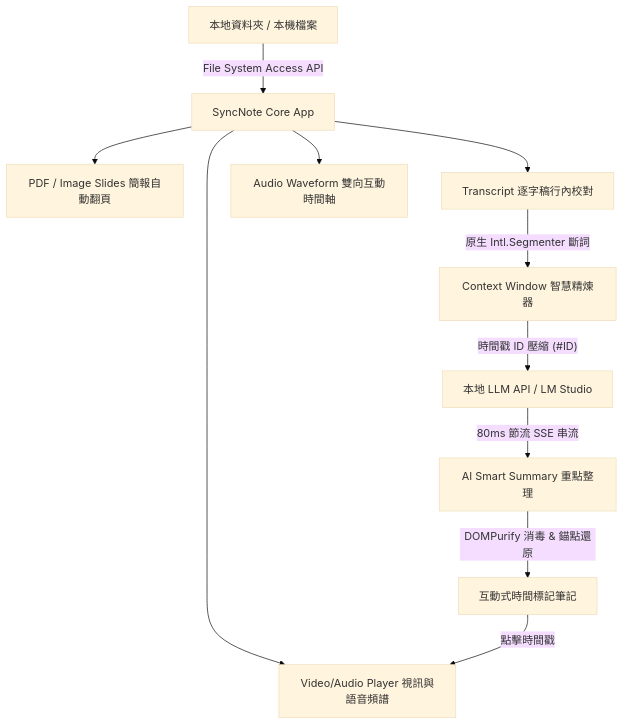
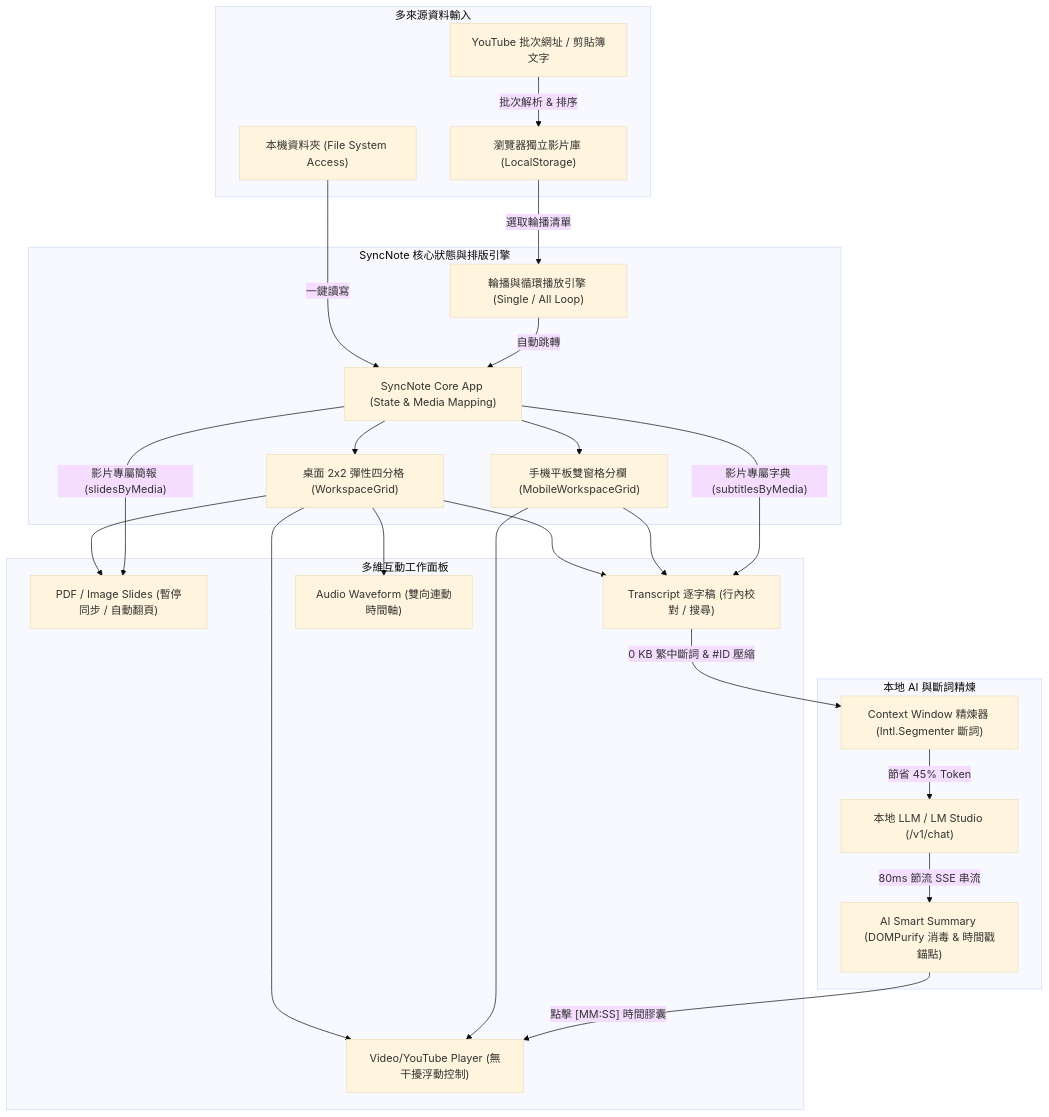
One commit to etsaycood/SRTNote changed the diagram in DEVELOPMENT_LOG.md. Above: the diagram before and after it, drawn with Mermaid (base theme). The commit also changed other lines of this file and 3 other files, not shown here.

````diff
--- a/DEVELOPMENT_LOG.md
+++ b/DEVELOPMENT_LOG.md
@@ -14,14 +14,50 @@
 ```mermaid
 graph TD
-    A["本地資料夾 / 本機檔案"] -->|"File System Access API"| B["SyncNote Core App"]
-    B --> C["Video/Audio Player 視訊與語音頻譜"]
-    B --> D["PDF / Image Slides 簡報自動翻頁"]
-    B --> E["Transcript 逐字稿行內校對"]
-    B --> F["Audio Waveform 雙向互動時間軸"]
-    
-    E -->|"原生 Intl.Segmenter 斷詞"| G["Context Window 智慧精煉器"]
-    G -->|"時間戳 ID 壓縮 (#ID)"| H["本地 LLM API / LM Studio"]
-    H -->|"80ms 節流 SSE 串流"| I["AI Smart Summary 重點整理"]
-    I -->|"DOMPurify 消毒 & 錨點還原"| J["互動式時間標記筆記"]
-    J -->|"點擊時間戳"| C
+    subgraph DataSources ["多來源資料輸入"]
+        A1["本機資料夾 (File System Access)"]
+        A2["YouTube 批次網址 / 剪貼簿文字"]
+        A3["瀏覽器獨立影片庫 (LocalStorage)"]
+    end
+
+    subgraph Core ["SyncNote 核心狀態與排版引擎"]
+        B["SyncNote Core App (State & Media Mapping)"]
+        M1["桌面 2x2 彈性四分格 (WorkspaceGrid)"]
+        M2["手機平板雙窗格分欄 (MobileWorkspaceGrid)"]
+        PR["輪播與循環播放引擎 (Single / All Loop)"]
+    end
+
+    subgraph Panels ["多維互動工作面板"]
+        C["Video/YouTube Player (無干擾浮動控制)"]
+        D["PDF / Image Slides (暫停同步 / 自動翻頁)"]
+        E["Transcript 逐字稿 (行內校對 / 搜尋)"]
+        F["Audio Waveform (雙向連動時間軸)"]
+    end
+
+    subgraph AIWorkflow ["本地 AI 與斷詞精煉"]
+        G["Context Window 精煉器 (Intl.Segmenter 斷詞)"]
+        H["本地 LLM / LM Studio (/v1/chat)"]
+        I["AI Smart Summary (DOMPurify 消毒 & 時間戳錨點)"]
+    end
+
+    A1 -->|"一鍵讀寫"| B
+    A2 -->|"批次解析 & 排序"| A3
+    A3 -->|"選取輪播清單"| PR
+    PR -->|"自動跳轉"| B
+
+    B --> M1
+    B --> M2
+    M1 --> C
+    M1 --> D
+    M1 --> E
+    M1 --> F
+    M2 --> C
+    M2 --> E
+
+    B -->|"影片專屬字典 (subtitlesByMedia)"| E
+    B -->|"影片專屬簡報 (slidesByMedia)"| D
+
+    E -->|"0 KB 繁中斷詞 & #ID 壓縮"| G
+    G -->|"節省 45% Token"| H
+    H -->|"80ms 節流 SSE 串流"| I
+    I -->|"點擊 [MM:SS] 時間膠囊"| C
 ```
````
